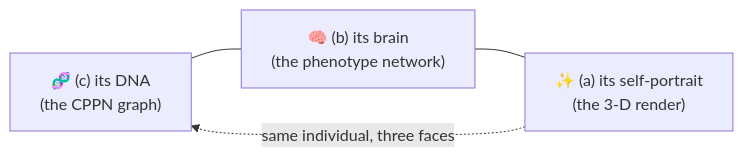
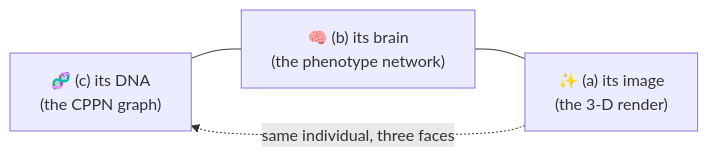
The second of 3 diagrams in VISION.md (admiralakber/autograph), drawn with Mermaid before and after one commit. The commit also changed other lines of this file and 20 other files, not shown here.

````diff
--- a/VISION.md
+++ b/VISION.md
@@ -45,5 +44,5 @@
 ```mermaid
 flowchart LR
-  V1["🧬 (c) its DNA<br/>(the CPPN graph)"] --- V2["🧠 (b) its brain<br/>(the phenotype network)"] --- V3["✨ (a) its self-portrait<br/>(the 3-D render)"]
+  V1["🧬 (c) its DNA<br/>(the CPPN graph)"] --- V2["🧠 (b) its brain<br/>(the phenotype network)"] --- V3["✨ (a) its image<br/>(the 3-D render)"]
   V3 -. "same individual, three faces" .-> V1
 ```
````
